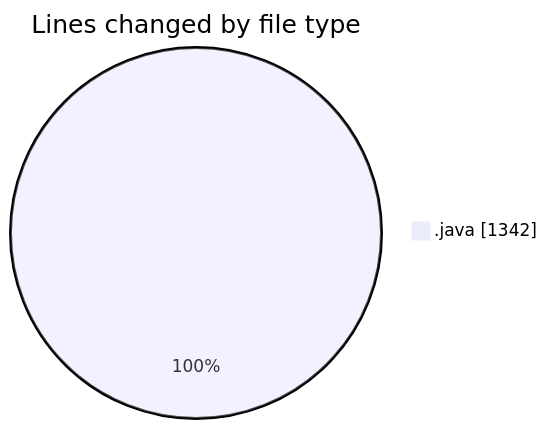
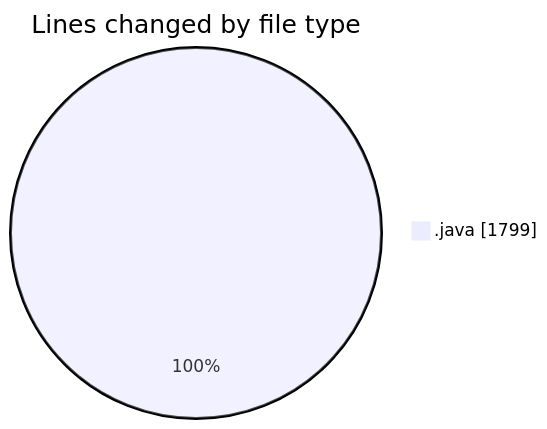
One commit to ricardozamudiocil/code-tracking changed the first of 2 diagrams in 2026-11-27/cilreports__workspace_/README.md. Above: the diagram before and after it, drawn with Mermaid. The commit also changed other lines of this file and 1 other file, not shown here.

````diff
--- a/2026-11-27/cilreports__workspace_/README.md
+++ b/2026-11-27/cilreports__workspace_/README.md
@@ -21,5 +22,5 @@
 ```mermaid
 pie showData
 title Lines changed by file type
-".java" : 1342
+".java" : 1799
 ```
````
